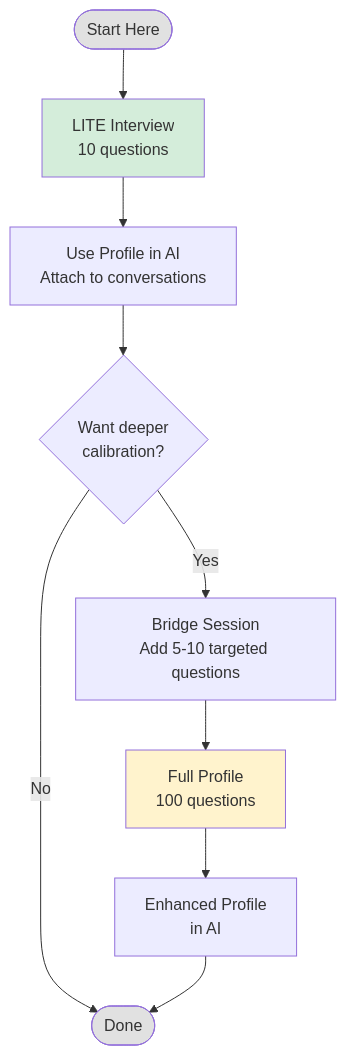
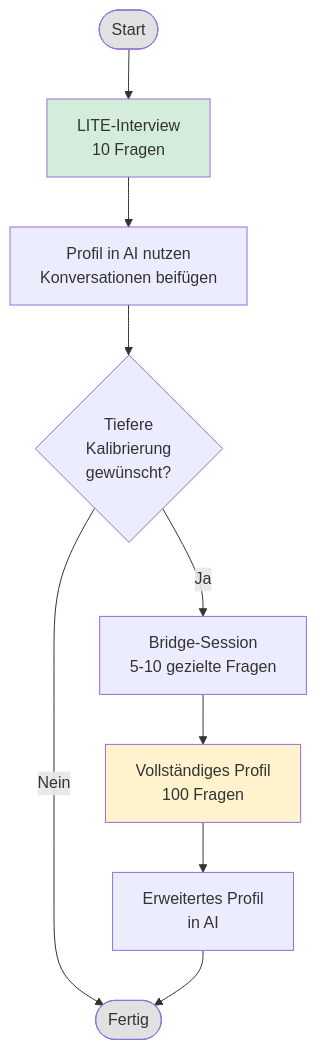
The diagram in 2026_02_07_AIF/segments/03-writing-profile-exercise/README.md (thwinter-ch/ai-lectures), drawn with Mermaid before and after one commit. The commit also changed other lines of this file and 9 other files, not shown here.

````diff
--- a/2026_02_07_AIF/segments/03-writing-profile-exercise/README.md
+++ b/2026_02_07_AIF/segments/03-writing-profile-exercise/README.md
@@ -21,16 +21,16 @@
 ```mermaid
 flowchart TD
-    START([Start Here]) --> LITE[LITE Interview<br/>10 questions]
-    LITE --> USE[Use Profile in AI<br/>Attach to conversations]
-    USE --> DECISION{Want deeper<br/>calibration?}
-    DECISION -->|No| DONE([Done])
-    DECISION -->|Yes| BRIDGE[Bridge Session<br/>Add 5-10 targeted questions]
-    BRIDGE --> FULL[Full Profile<br/>100 questions]
-    FULL --> USE2[Enhanced Profile<br/>in AI]
+    START([Start]) --> LITE[LITE-Interview<br/>10 Fragen]
+    LITE --> USE[Profil in AI nutzen<br/>Konversationen beifügen]
+    USE --> DECISION{Tiefere<br/>Kalibrierung<br/>gewünscht?}
+    DECISION -->|Nein| DONE([Fertig])
+    DECISION -->|Ja| BRIDGE[Bridge-Session<br/>5-10 gezielte Fragen]
+    BRIDGE --> FULL[Vollständiges Profil<br/>100 Fragen]
+    FULL --> USE2[Erweitertes Profil<br/>in AI]
     USE2 --> DONE
 
     style START fill:#e1e1e1
     style LITE fill:#d4edda
     style FULL fill:#fff3cd
     style DONE fill:#e1e1e1
 ```
````
